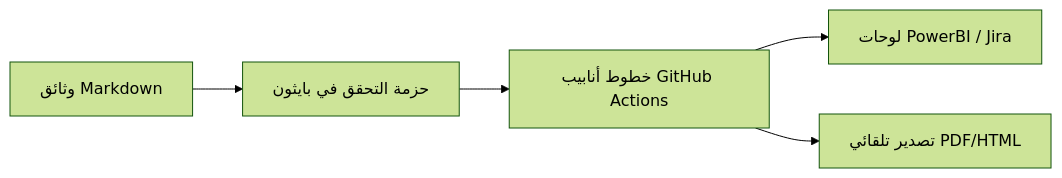
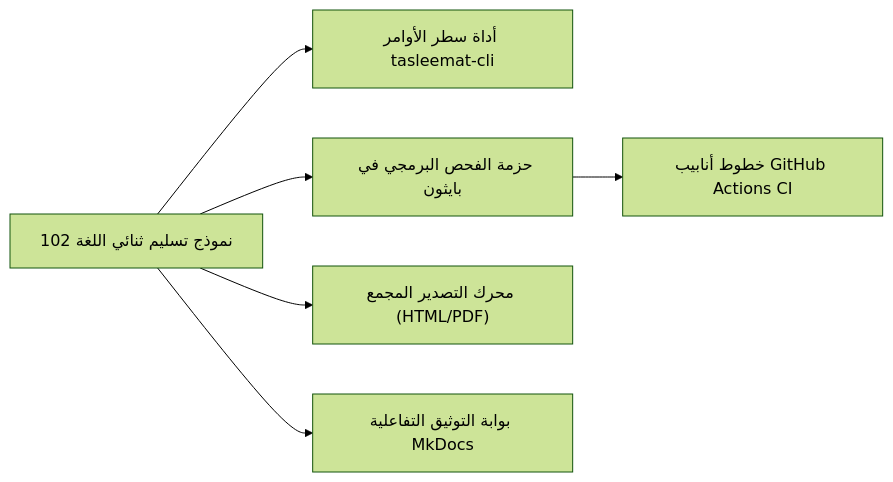
One commit to fakhruldeen/Tasleemat changed the diagram in docs/ar/11_tools_and_automation.md. Above: the diagram before and after it, drawn with Mermaid (forest theme). The commit also changed other lines of this file and 12 other files, not shown here.

````diff
--- a/docs/ar/11_tools_and_automation.md
+++ b/docs/ar/11_tools_and_automation.md
@@ -18,7 +18,8 @@
 ```mermaid
 flowchart LR
-    A["وثائق Markdown"] --> B["حزمة التحقق في بايثون"]
-    B --> C["خطوط أنابيب GitHub Actions"]
-    C --> D["لوحات PowerBI / Jira"]
-    C --> E["تصدير تلقائي PDF/HTML"]
+    A["102 نموذج تسليم ثنائي اللغة"] --> B["أداة سطر الأوامر tasleemat-cli"]
+    A --> C["حزمة الفحص البرمجي في بايثون"]
+    C --> D["خطوط أنابيب GitHub Actions CI"]
+    A --> E["محرك التصدير المجمع (HTML/PDF)"]
+    A --> F["بوابة التوثيق التفاعلية MkDocs"]
 ```
````
